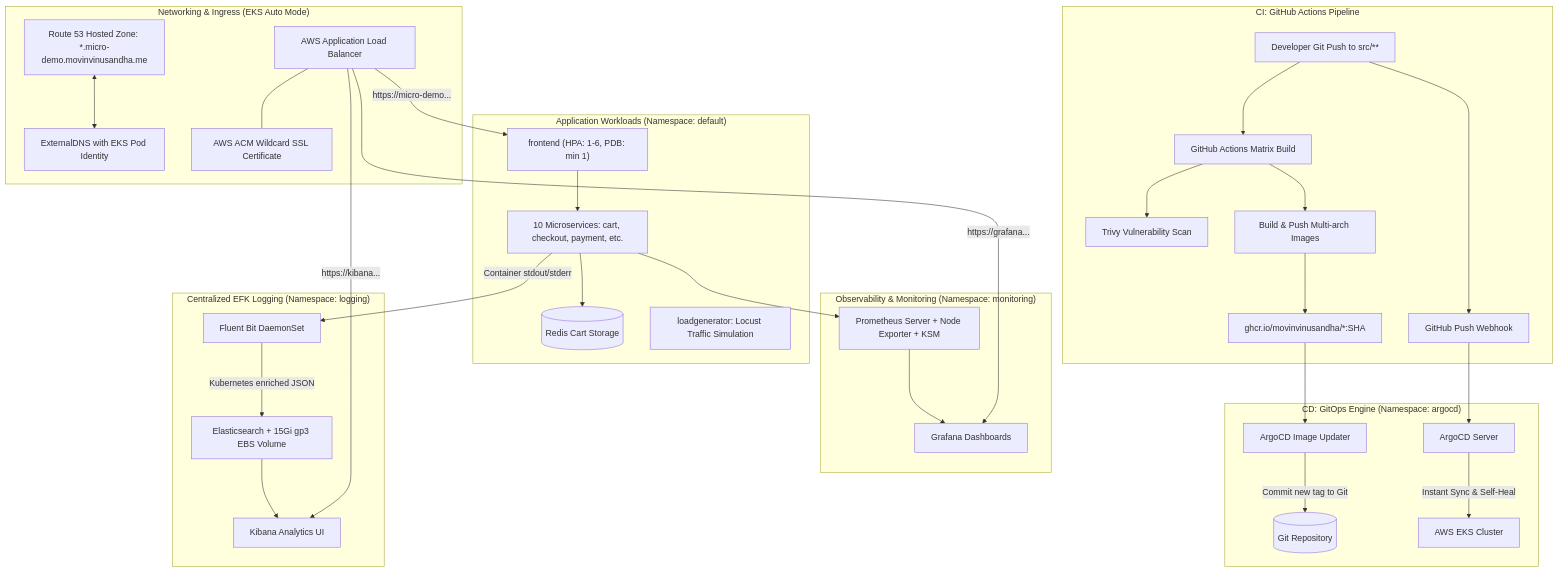
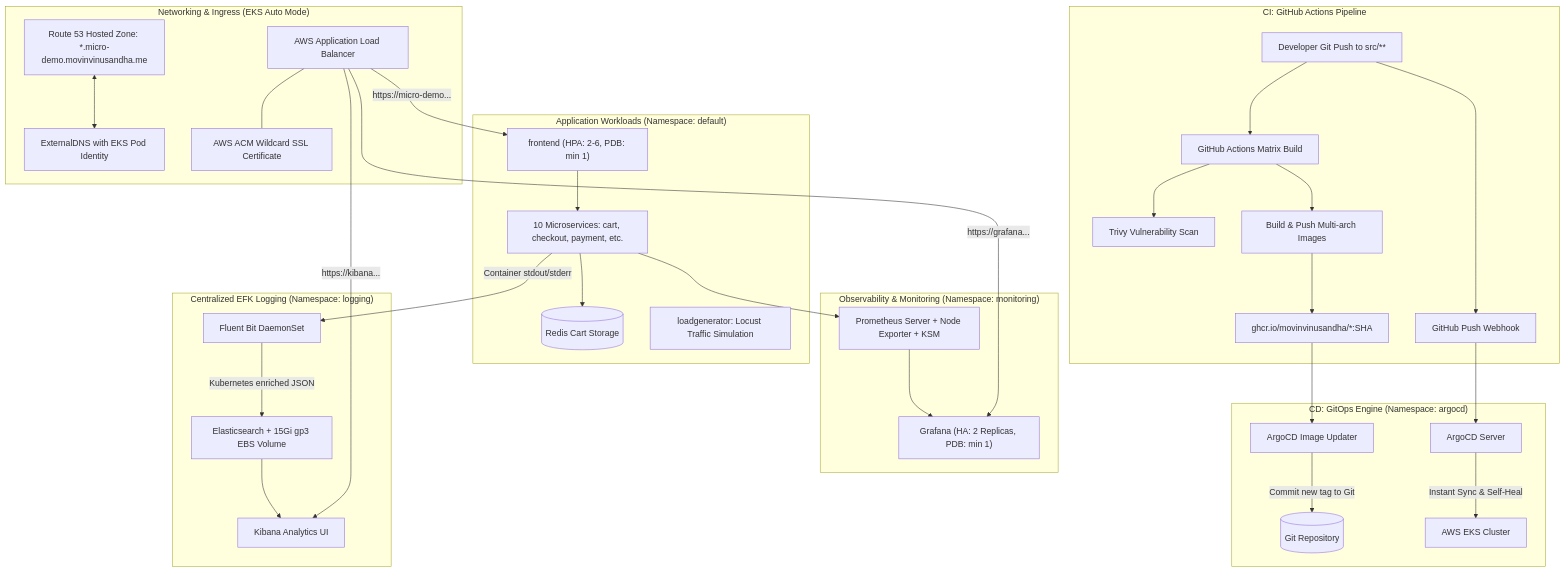
One commit to MovinVinusandha/google-microservices-demo changed the diagram in docs/deployment-guide.md. Above: the diagram before and after it, drawn with Mermaid. The commit also changed other lines of this file and 1 other file, not shown here.

Commit message:
docs: update full end-to-end deployment guide and platform architecture

````diff
--- a/docs/deployment-guide.md
+++ b/docs/deployment-guide.md
@@ -9,48 +9,48 @@
 ```mermaid
 flowchart TD
     subgraph CI ["CI: GitHub Actions Pipeline"]
         DEV["Developer Git Push to src/**"] --> GHA["GitHub Actions Matrix Build"]
         GHA --> TRIVY["Trivy Vulnerability Scan"]
         GHA --> DOCKER_BUILD["Build & Push Multi-arch Images"]
         DOCKER_BUILD --> GHCR["ghcr.io/movinvinusandha/*:SHA"]
         DEV --> WEBHOOK["GitHub Push Webhook"]
     end
 
     subgraph CD ["CD: GitOps Engine (Namespace: argocd)"]
         WEBHOOK --> ARGOCD["ArgoCD Server"]
         GHCR --> UPDATER["ArgoCD Image Updater"]
         UPDATER -->|Commit new tag to Git| GIT_REPO[("Git Repository")]
         ARGOCD -->|Instant Sync & Self-Heal| EKS["AWS EKS Cluster"]
     end
 
     subgraph NETWORKING ["Networking & Ingress (EKS Auto Mode)"]
         R53["Route 53 Hosted Zone: *.micro-demo.movinvinusandha.me"]
         EXT_DNS["ExternalDNS with EKS Pod Identity"]
         ALB["AWS Application Load Balancer"]
         ACM["AWS ACM Wildcard SSL Certificate"]
         
         R53 <--> EXT_DNS
         ALB --- ACM
     end
 
     subgraph WORKLOADS ["Application Workloads (Namespace: default)"]
-        ALB -->|https://micro-demo...| FRONTEND["frontend (HPA: 1-6, PDB: min 1)"]
+        ALB -->|https://micro-demo...| FRONTEND["frontend (HPA: 2-6, PDB: min 1)"]
         FRONTEND --> SERVICES["10 Microservices: cart, checkout, payment, etc."]
         SERVICES --> REDIS[("Redis Cart Storage")]
         LOADGEN["loadgenerator: Locust Traffic Simulation"]
     end
 
     subgraph OBSERVABILITY ["Observability & Monitoring (Namespace: monitoring)"]
-        ALB -->|https://grafana...| GRAFANA["Grafana Dashboards"]
+        ALB -->|https://grafana...| GRAFANA["Grafana (HA: 2 Replicas, PDB: min 1)"]
         PROM["Prometheus Server + Node Exporter + KSM"]
         SERVICES --> PROM
         PROM --> GRAFANA
     end
 
     subgraph LOGGING ["Centralized EFK Logging (Namespace: logging)"]
         ALB -->|https://kibana...| KIBANA["Kibana Analytics UI"]
         SERVICES -->|Container stdout/stderr| FB["Fluent Bit DaemonSet"]
         FB -->|Kubernetes enriched JSON| ES["Elasticsearch + 15Gi gp3 EBS Volume"]
         ES --> KIBANA
     end
 ```
````
